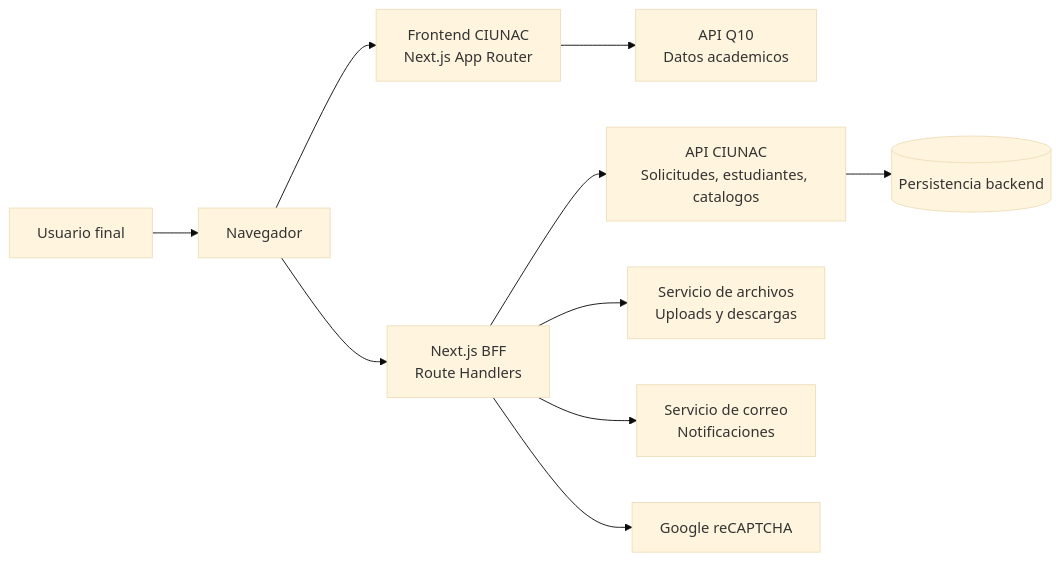
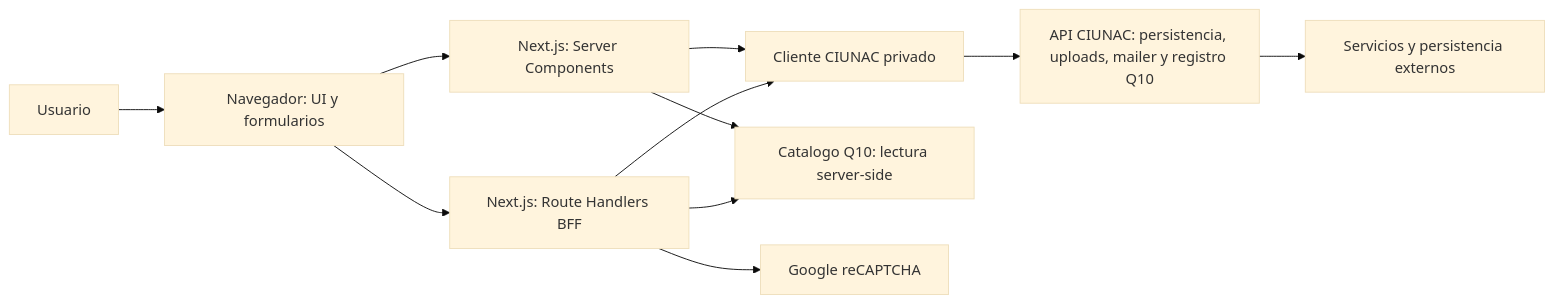
One commit to luismiguelgs/ciunac-sol-1.3 changed the first of 3 diagrams in docs/architecture/complete-architecture.md. Above: the diagram before and after it, drawn with Mermaid (base theme). The commit also changed other lines of this file and 431 other files, not shown here.

````diff
--- a/docs/architecture/complete-architecture.md
+++ b/docs/architecture/complete-architecture.md
@@ -21,12 +10,13 @@
 ```mermaid
 flowchart LR
-    User["Usuario final"] --> Browser["Navegador"]
-    Browser --> Frontend["Frontend CIUNAC\nNext.js App Router"]
-    Browser --> BFF["Next.js BFF\nRoute Handlers"]
-    BFF --> Api["API CIUNAC\nSolicitudes, estudiantes, catalogos"]
-    Frontend --> Q10["API Q10\nDatos academicos"]
-    BFF --> Storage["Servicio de archivos\nUploads y descargas"]
-    BFF --> Mail["Servicio de correo\nNotificaciones"]
+    User["Usuario"] --> Browser["Navegador: UI y formularios"]
+    Browser --> Pages["Next.js: Server Components"]
+    Browser --> BFF["Next.js: Route Handlers BFF"]
+    Pages --> CI["Cliente CIUNAC privado"]
+    BFF --> CI
+    CI --> API["API CIUNAC: persistencia, uploads, mailer y registro Q10"]
+    Pages --> Q10["Catalogo Q10: lectura server-side"]
+    BFF --> Q10
     BFF --> Captcha["Google reCAPTCHA"]
-    Api --> BackendDb[("Persistencia backend")]
+    API --> Backend["Servicios y persistencia externos"]
 ```
````
